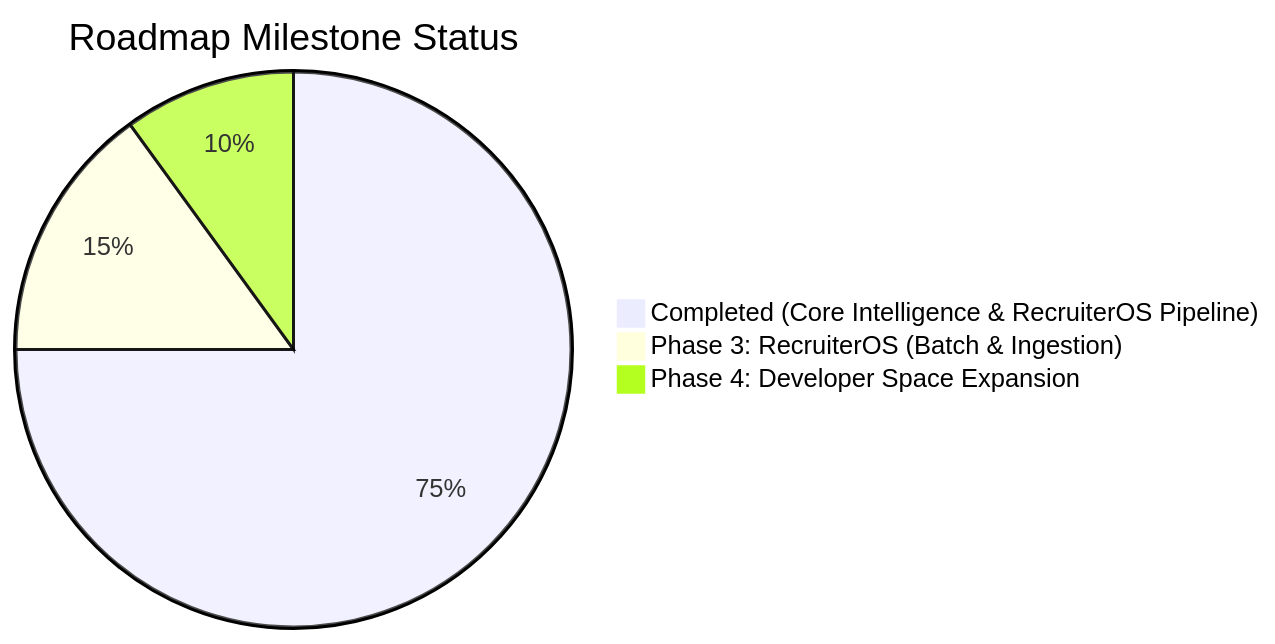
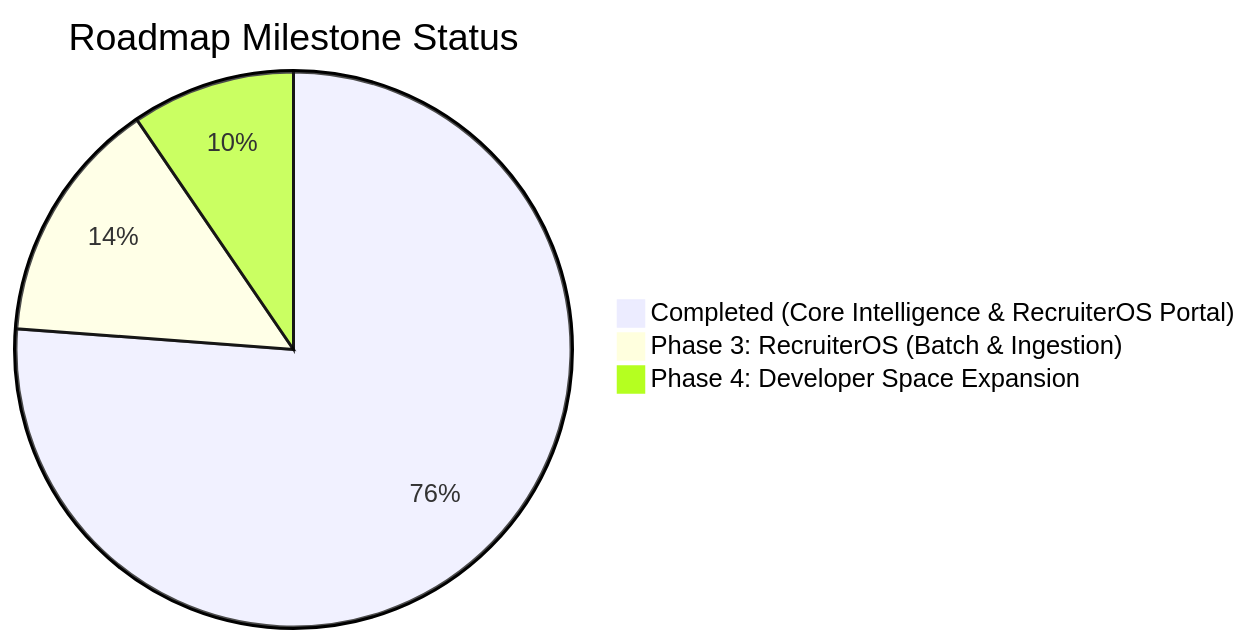
The diagram in BUILD_TRACKER.md (rabby-xponent/devscope), drawn with Mermaid before and after one commit. The commit also changed other lines of this file and 4 other files, not shown here.

````diff
--- a/BUILD_TRACKER.md
+++ b/BUILD_TRACKER.md
@@ -318,6 +340,6 @@
 ```mermaid
 pie title Roadmap Milestone Status
-    "Completed (Core Intelligence & RecruiterOS Pipeline)" : 15
+    "Completed (Core Intelligence & RecruiterOS Portal)" : 16
     "Phase 3: RecruiterOS (Batch & Ingestion)" : 3
     "Phase 4: Developer Space Expansion" : 2
 ```
````
